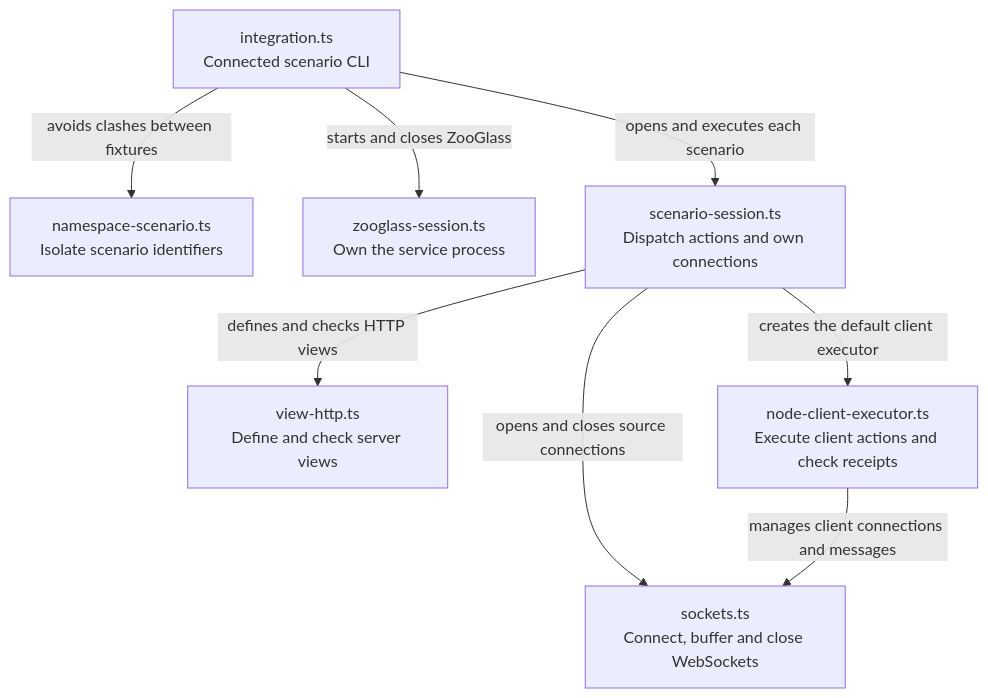
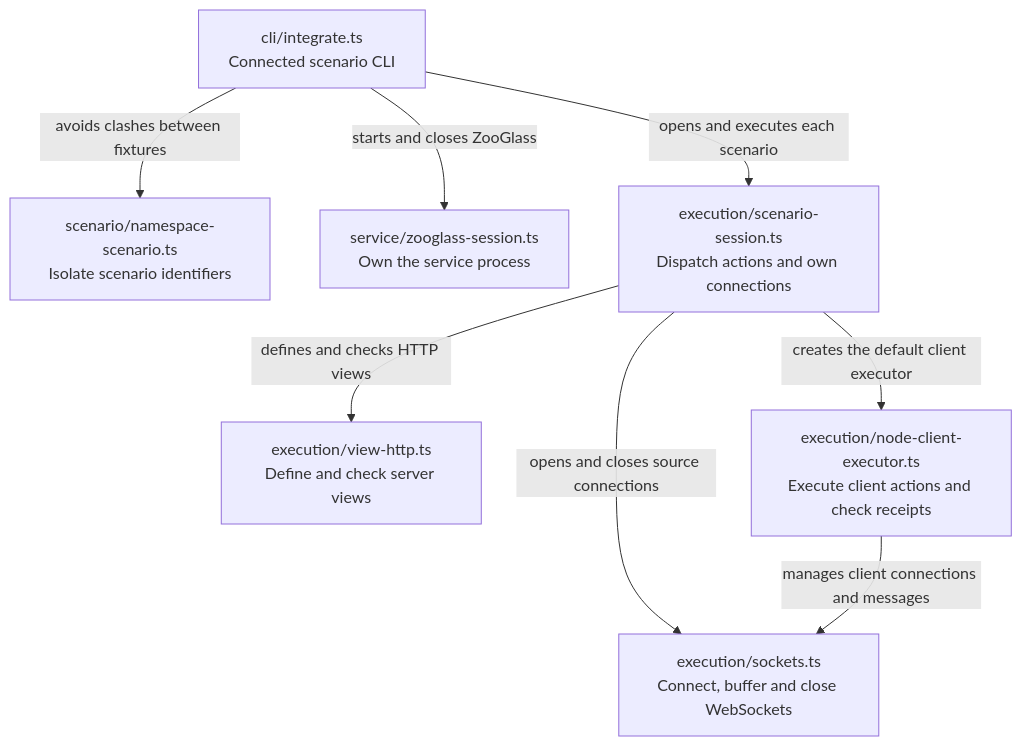
The third of 6 diagrams in incubator/workbench/docs/source-map.md (sproates/zooglass), drawn with Mermaid before and after one commit. The commit also changed other lines of this file and 72 other files, not shown here.

````diff
--- a/incubator/workbench/docs/source-map.md
+++ b/incubator/workbench/docs/source-map.md
@@ -90,17 +110,17 @@
 ```mermaid
 flowchart TB
-  integration["integration.ts<br/>Connected scenario CLI"]
-  namespace["namespace-scenario.ts<br/>Isolate scenario identifiers"]
-  service["zooglass-session.ts<br/>Own the service process"]
-  session["scenario-session.ts<br/>Dispatch actions and own connections"]
-  http["view-http.ts<br/>Define and check server views"]
-  client["node-client-executor.ts<br/>Execute client actions and check receipts"]
-  sockets["sockets.ts<br/>Connect, buffer and close WebSockets"]
+  integration["cli/integrate.ts<br/>Connected scenario CLI"]
+  namespace["scenario/namespace-scenario.ts<br/>Isolate scenario identifiers"]
+  service["service/zooglass-session.ts<br/>Own the service process"]
+  session["execution/scenario-session.ts<br/>Dispatch actions and own connections"]
+  http["execution/view-http.ts<br/>Define and check server views"]
+  client["execution/node-client-executor.ts<br/>Execute client actions and check receipts"]
+  sockets["execution/sockets.ts<br/>Connect, buffer and close WebSockets"]
   integration -->|avoids clashes between fixtures| namespace
   integration -->|starts and closes ZooGlass| service
   integration -->|opens and executes each scenario| session
   session -->|defines and checks HTTP views| http
   session -->|creates the default client executor| client
   session -->|opens and closes source connections| sockets
   client -->|manages client connections and messages| sockets
 ```
````
